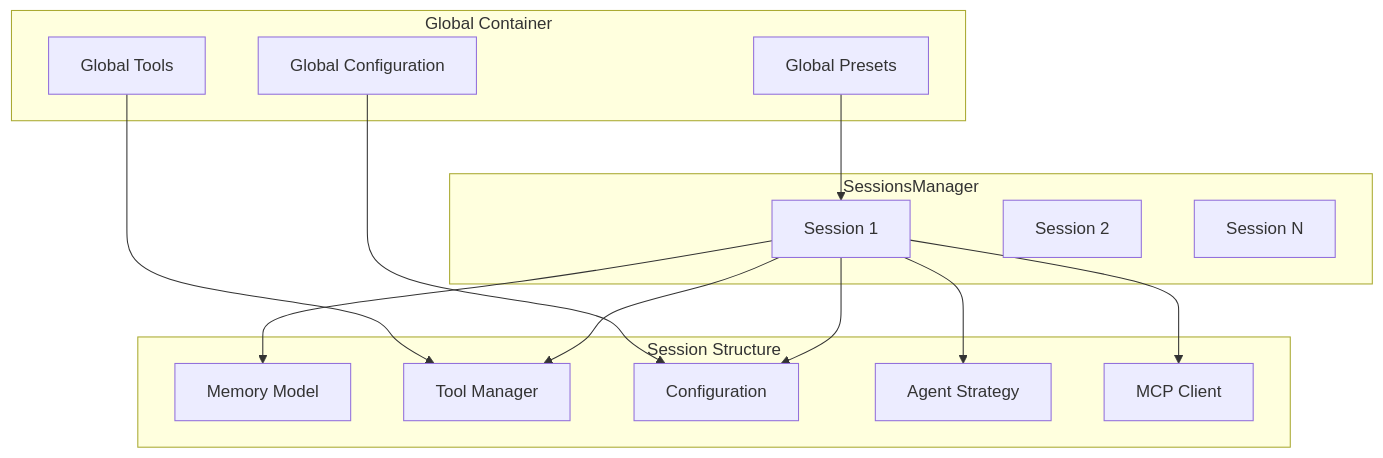
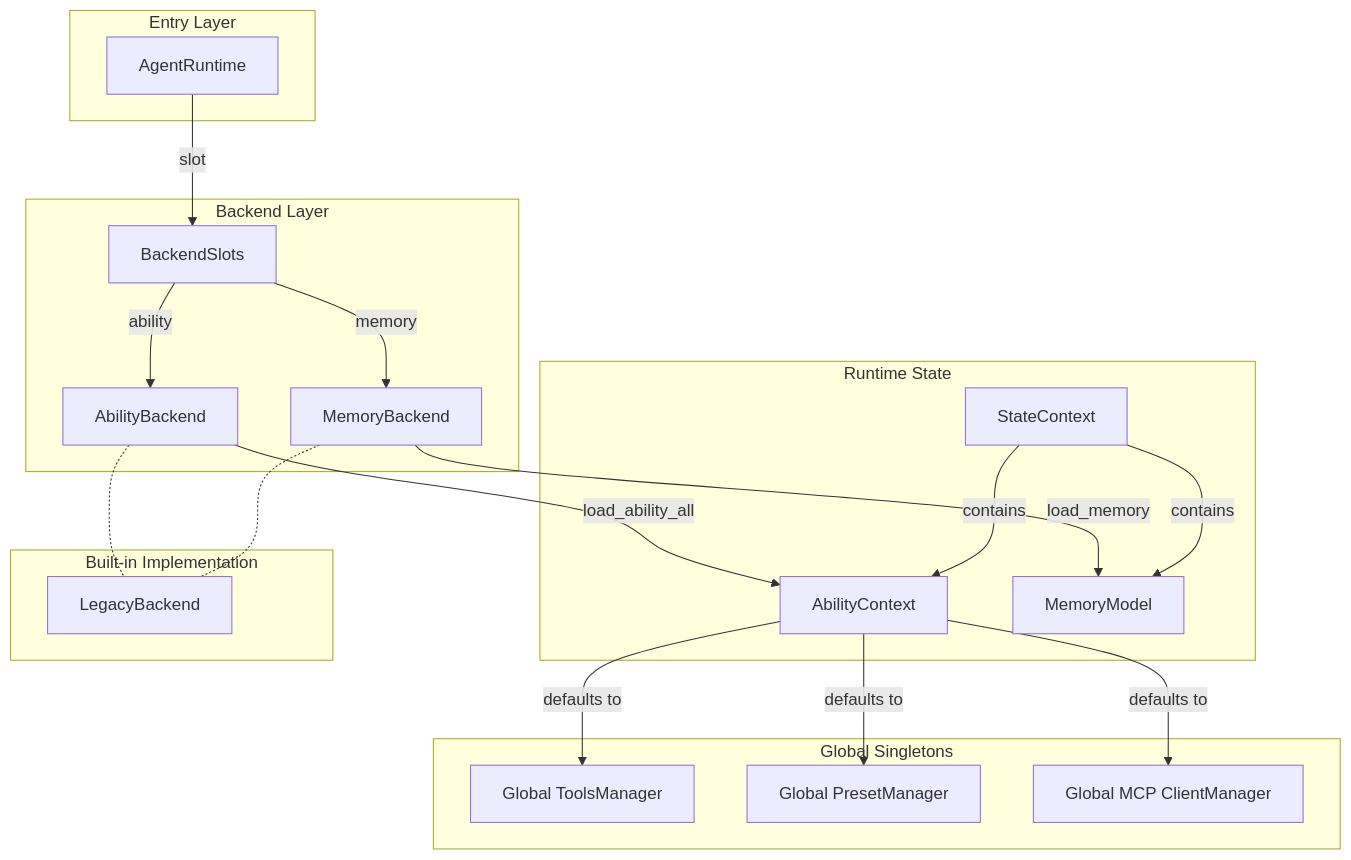
One commit to AmritaBot/AmritaCore changed the second of 5 diagrams in docs/docs/guide/getting-started/architecture.md. Above: the diagram before and after it, drawn with Mermaid. The commit also changed other lines of this file and 95 other files, not shown here.

````diff
--- a/docs/docs/guide/getting-started/architecture.md
+++ b/docs/docs/guide/getting-started/architecture.md
@@ -57,32 +69,42 @@
 ```mermaid
 graph TB
-    subgraph "Global Container"
-        G_Tools[Global Tools]
-        G_Presets[Global Presets]
-        G_Config[Global Configuration]
+    subgraph "Entry Layer"
+        AR[AgentRuntime]
     end
 
-    subgraph "SessionsManager"
-        S1[Session 1]
-        S2[Session 2]
-        SN[Session N]
+    subgraph "Backend Layer"
+        BS[BackendSlots]
+        AB[AbilityBackend]
+        MB[MemoryBackend]
     end
 
-    subgraph "Session Structure"
-        Mem[Memory Model]
-        Tools[Tool Manager]
-        Conf[Configuration]
-        Strat[Agent Strategy]
-        MCP_Client[MCP Client]
+    subgraph "Runtime State"
+        SC[StateContext]
+        AC[AbilityContext]
+        MM[MemoryModel]
     end
 
-    G_Tools --> Tools
-    G_Presets --> S1
-    G_Config --> Conf
+    subgraph "Global Singletons"
+        G_Tools[Global ToolsManager]
+        G_Presets[Global PresetManager]
+        G_MCP[Global MCP ClientManager]
+    end
 
-    S1 --> Mem
-    S1 --> Tools
-    S1 --> Conf
-    S1 --> Strat
-    S1 --> MCP_Client
+    AR -->|slot| BS
+    BS -->|ability| AB
+    BS -->|memory| MB
+    AB -->|load_ability_all| AC
+    MB -->|load_memory| MM
+    SC -->|contains| AC
+    SC -->|contains| MM
+    AC -->|defaults to| G_Tools
+    AC -->|defaults to| G_Presets
+    AC -->|defaults to| G_MCP
+
+    subgraph "Built-in Implementation"
+        LB[LegacyBackend]
+    end
+
+    AB -.- LB
+    MB -.- LB
 ```
````
